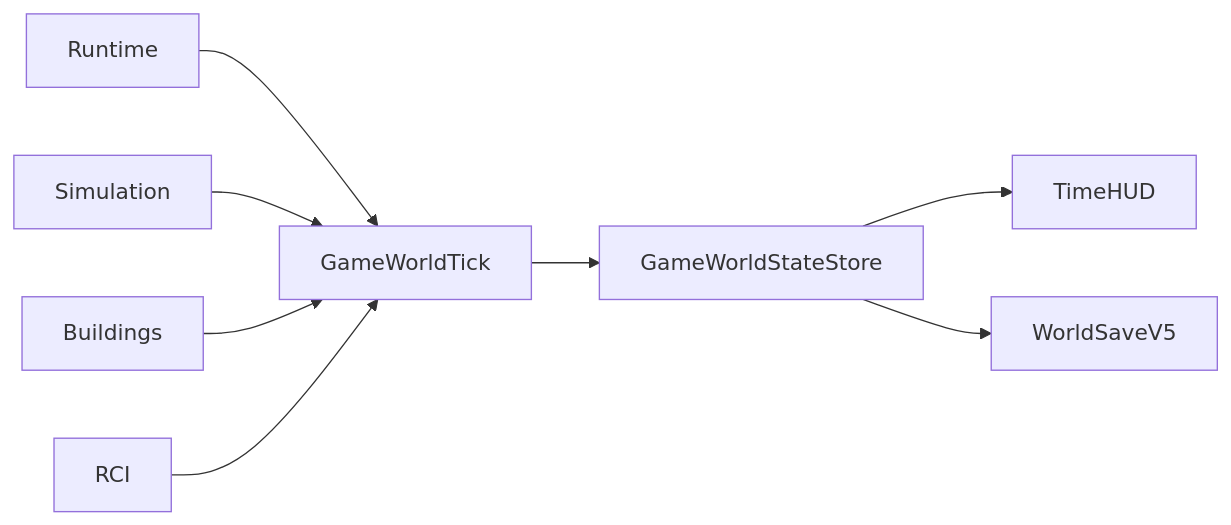
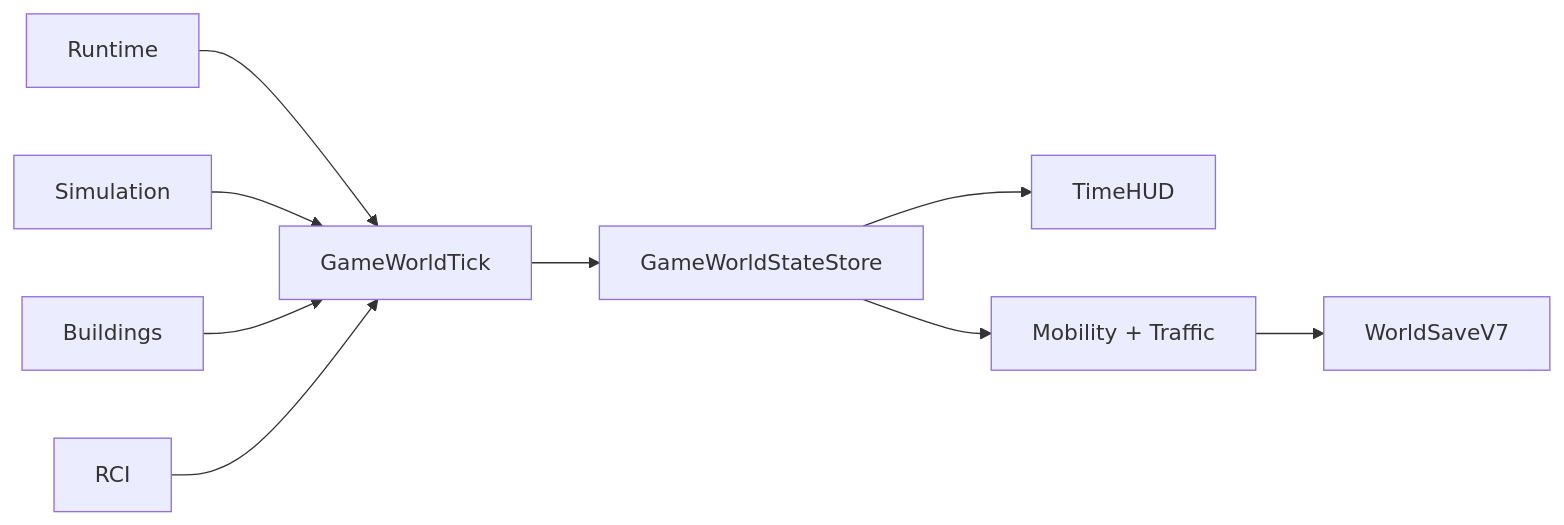
The diagram in docs/systems/simulation-time/README.md (petechatchawan/web-three-city), drawn with Mermaid before and after one commit. The commit also changed other lines of this file and 6 other files, not shown here.

Commit message:
docs: synchronize mobility traffic release handoffs

````diff
--- a/docs/systems/simulation-time/README.md
+++ b/docs/systems/simulation-time/README.md
@@ -46,10 +47,11 @@
 ```mermaid
 flowchart LR
   Runtime --> GameWorldTick
   Simulation --> GameWorldTick
   Buildings --> GameWorldTick
   RCI --> GameWorldTick
   GameWorldTick --> StateStore[GameWorldStateStore]
   StateStore --> TimeHUD
-  StateStore --> WorldSaveV5
+  StateStore --> MobilityTraffic[Mobility + Traffic]
+  MobilityTraffic --> WorldSaveV7
 ```
````
